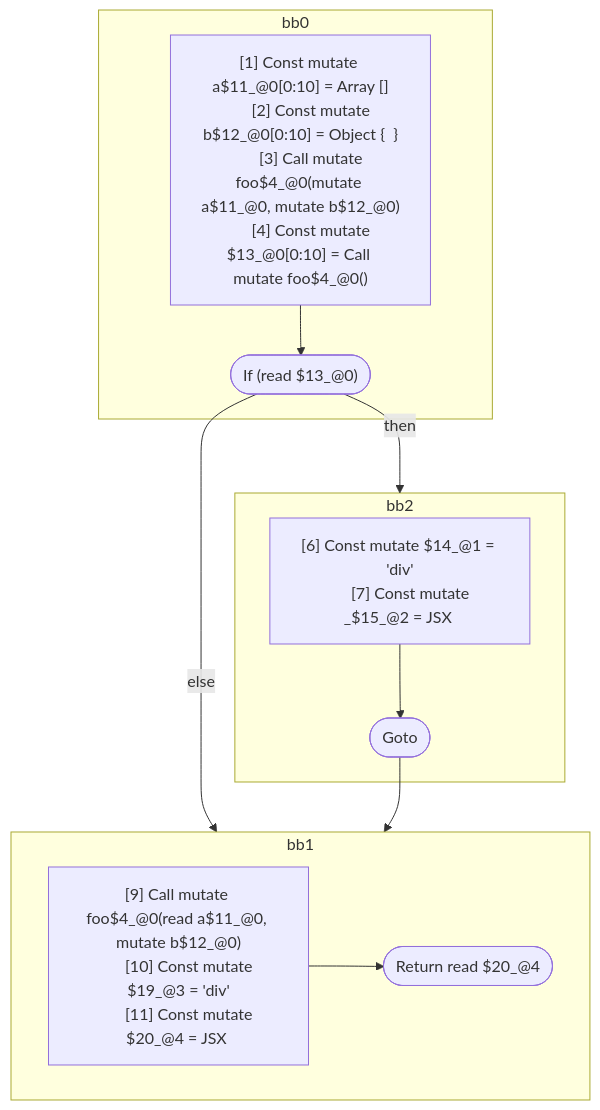
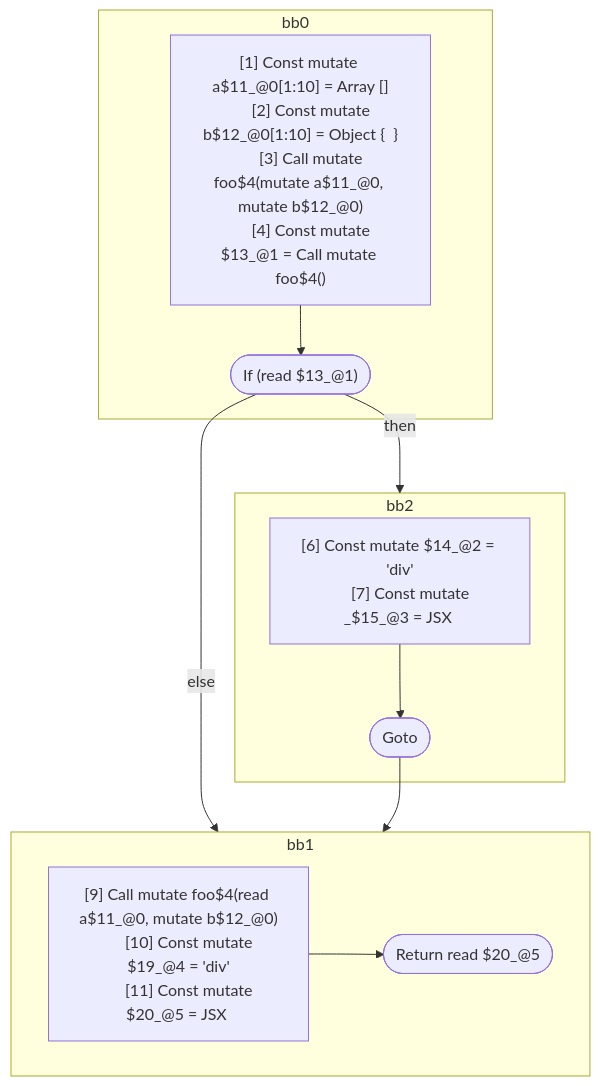
Before and after one commit to wutsmog/private: the second of 2 diagrams in compiler/forget/src/__tests__/fixtures/hir/ssa-call-jsx-2.expect.md, drawn with Mermaid. The commit also changed other lines of this file and 100 other files, not shown here.

````diff
--- a/compiler/forget/src/__tests__/fixtures/hir/ssa-call-jsx-2.expect.md
+++ b/compiler/forget/src/__tests__/fixtures/hir/ssa-call-jsx-2.expect.md
@@ -78,34 +118,34 @@
 ```mermaid
 flowchart TB
   %% Basic Blocks
   subgraph bb0
     bb0_instrs["
-      [1] Const mutate a$11_@0[0:10] = Array []
-      [2] Const mutate b$12_@0[0:10] = Object {  }
-      [3] Call mutate foo$4_@0(mutate a$11_@0, mutate b$12_@0)
-      [4] Const mutate $13_@0[0:10] = Call mutate foo$4_@0()
+      [1] Const mutate a$11_@0[1:10] = Array []
+      [2] Const mutate b$12_@0[1:10] = Object {  }
+      [3] Call mutate foo$4(mutate a$11_@0, mutate b$12_@0)
+      [4] Const mutate $13_@1 = Call mutate foo$4()
     "]
-    bb0_instrs --> bb0_terminal(["If (read $13_@0)"])
+    bb0_instrs --> bb0_terminal(["If (read $13_@1)"])
   end
   subgraph bb2
     bb2_instrs["
-      [6] Const mutate $14_@1 = 'div'
-      [7] Const mutate _$15_@2 = JSX <read $14_@1 a={freeze a$11_@0} ></read $14_@1>
+      [6] Const mutate $14_@2 = 'div'
+      [7] Const mutate _$15_@3 = JSX <read $14_@2 a={freeze a$11_@0} ></read $14_@2>
     "]
     bb2_instrs --> bb2_terminal(["Goto"])
   end
   subgraph bb1
     bb1_instrs["
-      [9] Call mutate foo$4_@0(read a$11_@0, mutate b$12_@0)
-      [10] Const mutate $19_@3 = 'div'
-      [11] Const mutate $20_@4 = JSX <read $19_@3 a={freeze a$11_@0} b={freeze b$12_@0} ></read $19_@3>
+      [9] Call mutate foo$4(read a$11_@0, mutate b$12_@0)
+      [10] Const mutate $19_@4 = 'div'
+      [11] Const mutate $20_@5 = JSX <read $19_@4 a={freeze a$11_@0} b={freeze b$12_@0} ></read $19_@4>
     "]
-    bb1_instrs --> bb1_terminal(["Return read $20_@4"])
+    bb1_instrs --> bb1_terminal(["Return read $20_@5"])
   end
 
   %% Jumps
   bb0_terminal -- "then" --> bb2
   bb0_terminal -- "else" --> bb1
   bb2_terminal --> bb1
 
 ```
````
